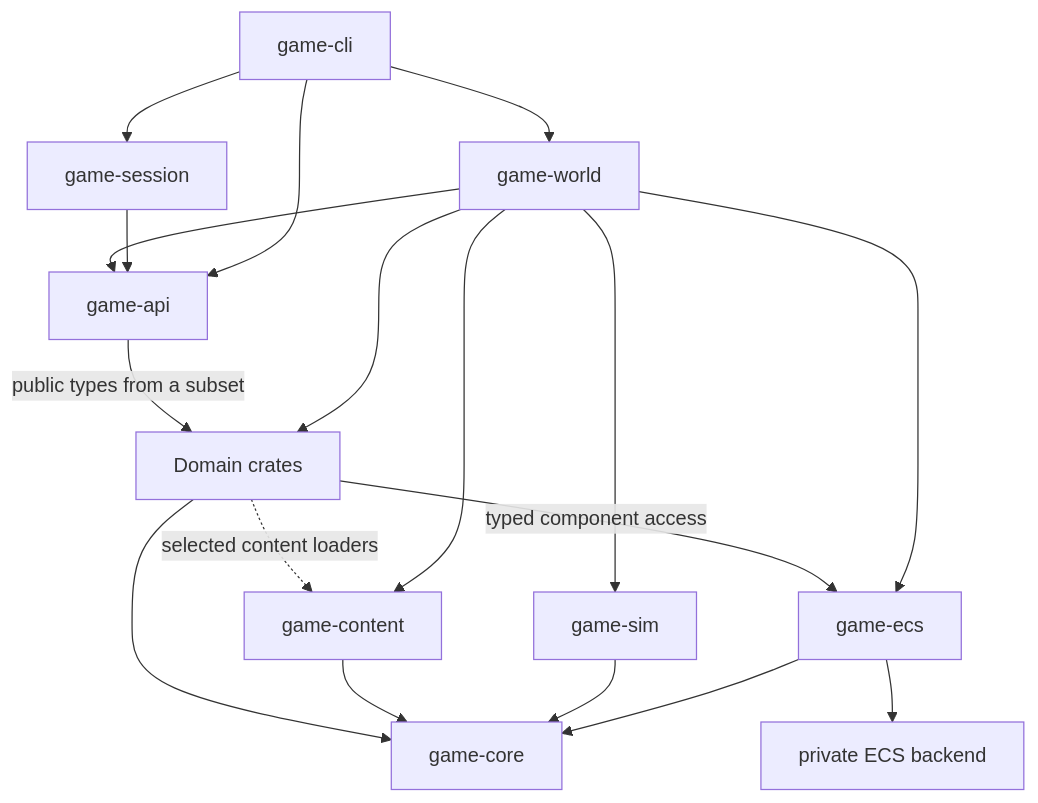
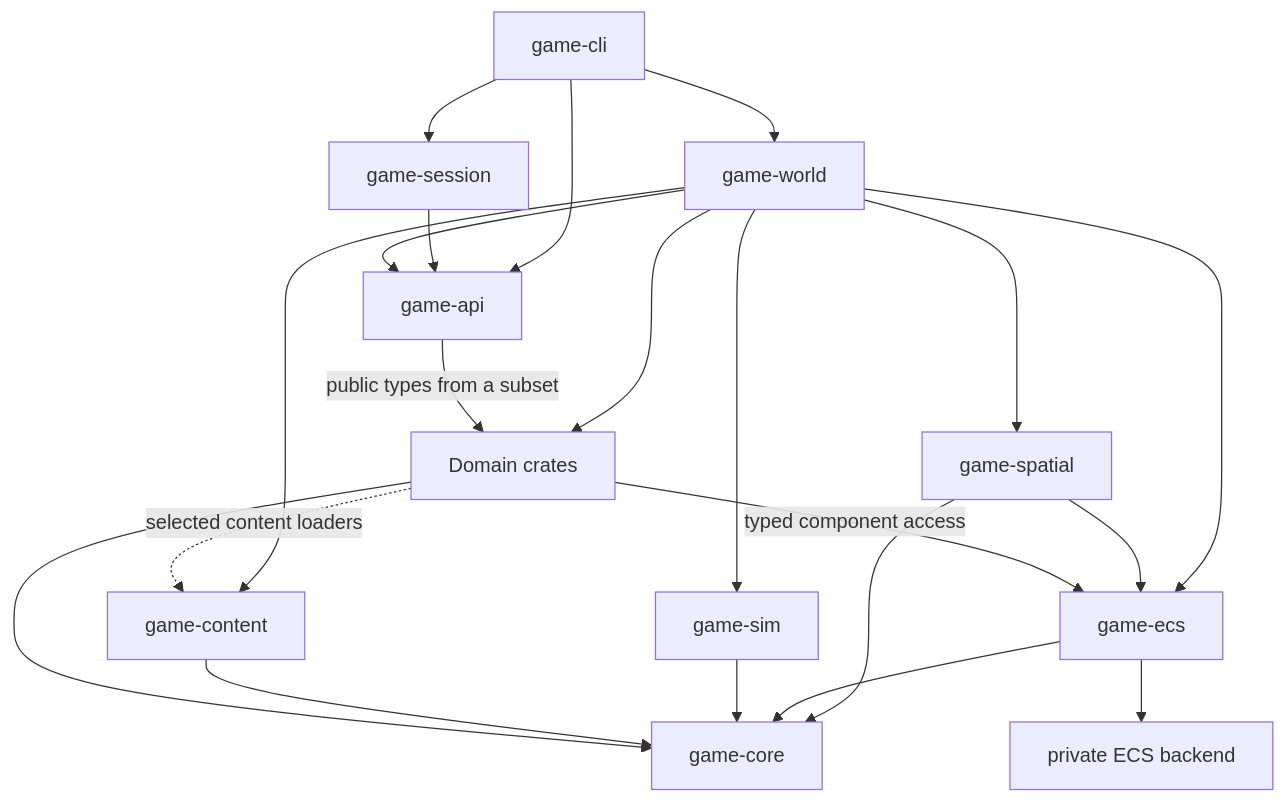
The diagram in crates/README.md (pmarathe25/Legacy), drawn with Mermaid before and after one commit. The commit also changed other lines of this file and 14 other files, not shown here.

````diff
--- a/crates/README.md
+++ b/crates/README.md
@@ -9,20 +9,23 @@
 ```mermaid
 flowchart TD
     CLI[game-cli] --> Session[game-session]
     CLI --> World[game-world]
     CLI --> API[game-api]
     Session --> API
     World --> API
     World --> Sim[game-sim]
     World --> Content[game-content]
     World --> ECS
+    World --> Spatial[game-spatial]
+    Spatial --> ECS
+    Spatial --> Core
     Domains -->|typed component access| ECS[game-ecs]
     ECS --> Core
     ECS --> Backend[private ECS backend]
     World --> Domains[Domain crates]
     API -->|public types from a subset| Domains
     Sim --> Core[game-core]
     Content --> Core
     Domains --> Core
     Domains -. selected content loaders .-> Content
 ```
````
